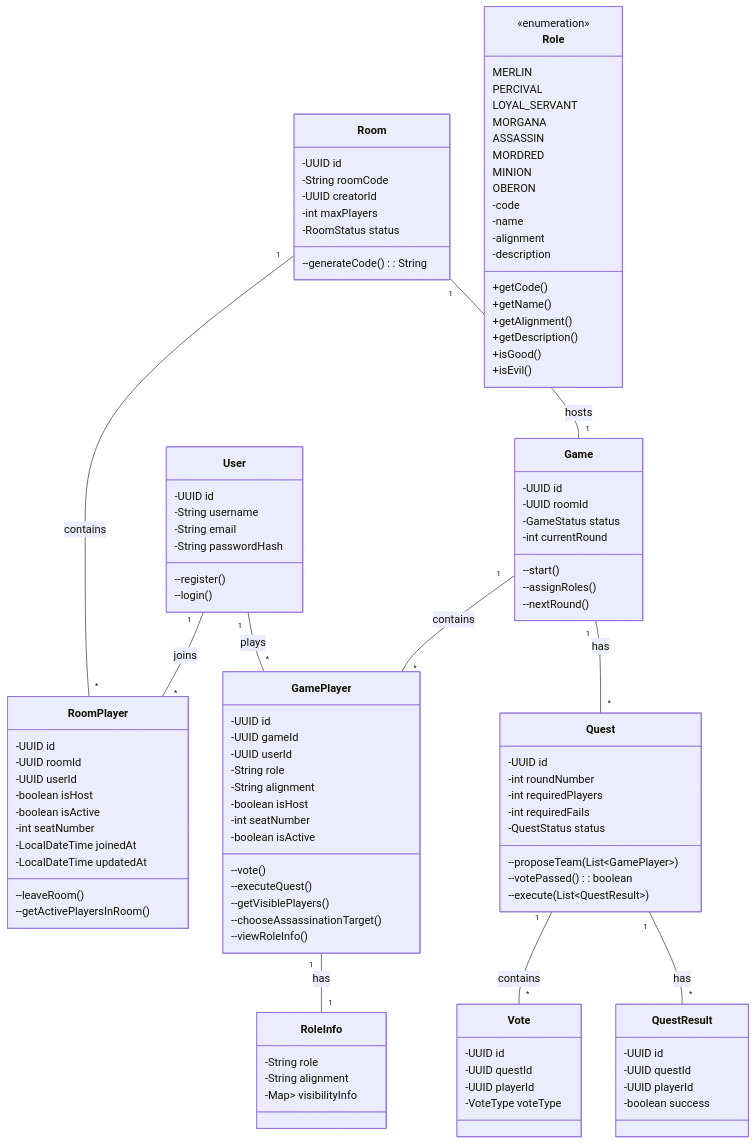
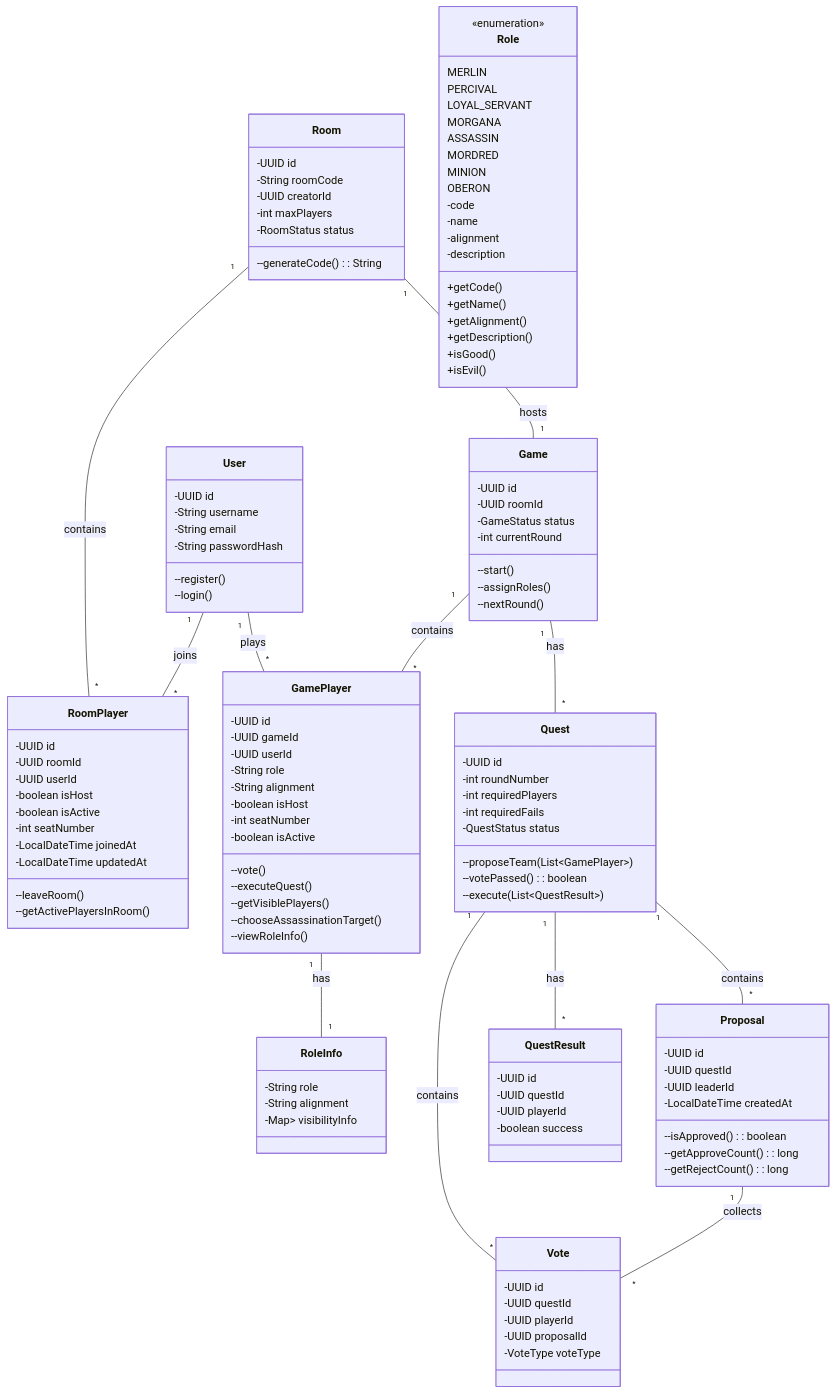
The second of 5 diagrams in docs/design/architecture/system_architecture.md (xiaolinstar/avalon), drawn with Mermaid before and after one commit. The commit also changed other lines of this file and 7 other files, not shown here.

```diff
--- a/docs/design/architecture/system_architecture.md
+++ b/docs/design/architecture/system_architecture.md
@@ -412,10 +419,22 @@
         --votePassed(): boolean
         --execute(List~QuestResult~)
     }
+    
+    class Proposal {
+        -UUID id
+        -UUID questId
+        -UUID leaderId
+        -LocalDateTime createdAt
+        --isApproved(): boolean
+        --getApproveCount(): long
+        --getRejectCount(): long
+    }
+    
     class Vote {
         -UUID id
         -UUID questId
         -UUID playerId
+        -UUID proposalId
         -VoteType voteType
     }
     class QuestResult {
@@ -431,6 +450,8 @@
     Game "1" -- "*" GamePlayer : contains
     User "1" -- "*" GamePlayer : plays
     Game "1" -- "*" Quest : has
+    Quest "1" -- "*" Proposal : contains
+    Proposal "1" -- "*" Vote : collects
     Quest "1" -- "*" Vote : contains
     Quest "1" -- "*" QuestResult : has
     GamePlayer "1" -- "1" RoleInfo : has
```
